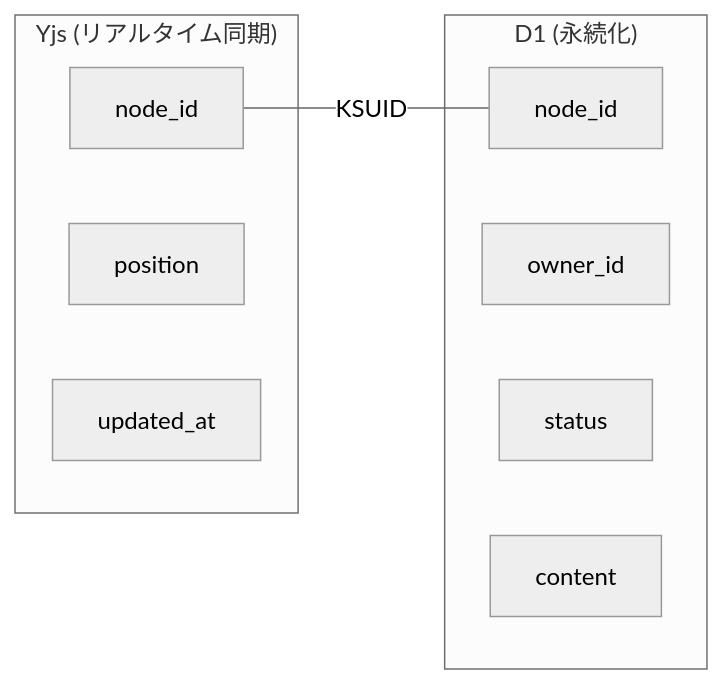
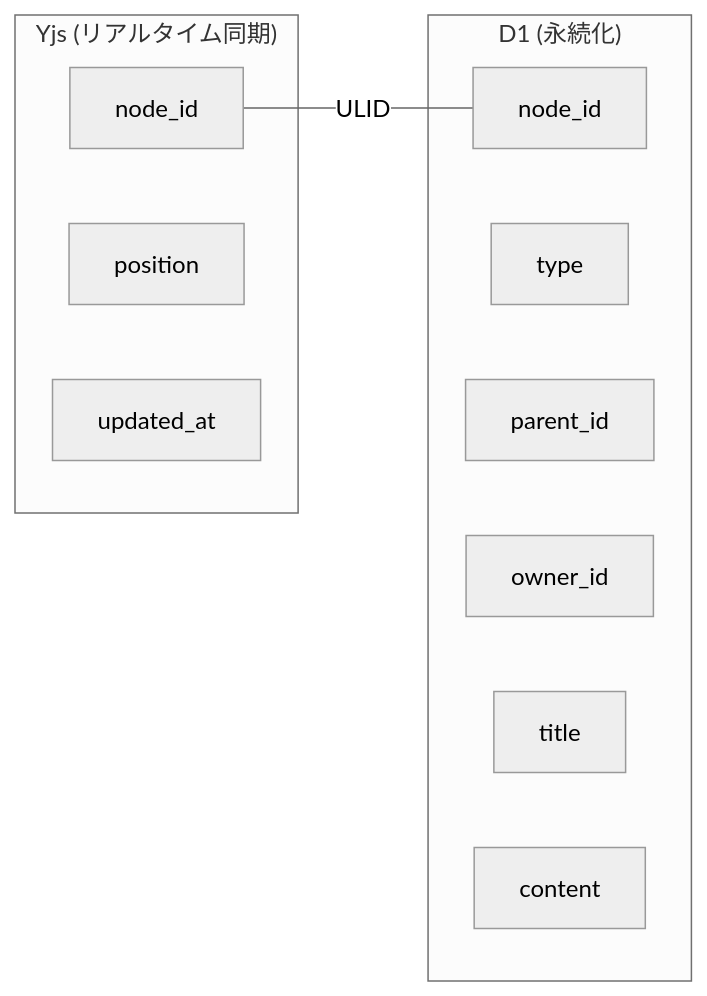
The fifth of 5 diagrams in docs/03-data-model.md (wtnqk/think-graph), drawn with Mermaid (neutral theme) before and after one commit. The commit also changed other lines of this file and 1 other file, not shown here.

````diff
--- a/docs/03-data-model.md
+++ b/docs/03-data-model.md
@@ -124,17 +152,19 @@
 ```mermaid
 graph LR
     subgraph "Yjs (リアルタイム同期)"
         YN[node_id]
         YP[position]
         YU[updated_at]
     end
 
     subgraph "D1 (永続化)"
         DN[node_id]
+        DT[type]
+        DP[parent_id]
         DO[owner_id]
-        DS[status]
+        DL[title]
         DC[content]
     end
 
-    YN ---|KSUID| DN
+    YN ---|ULID| DN
 ```
````
